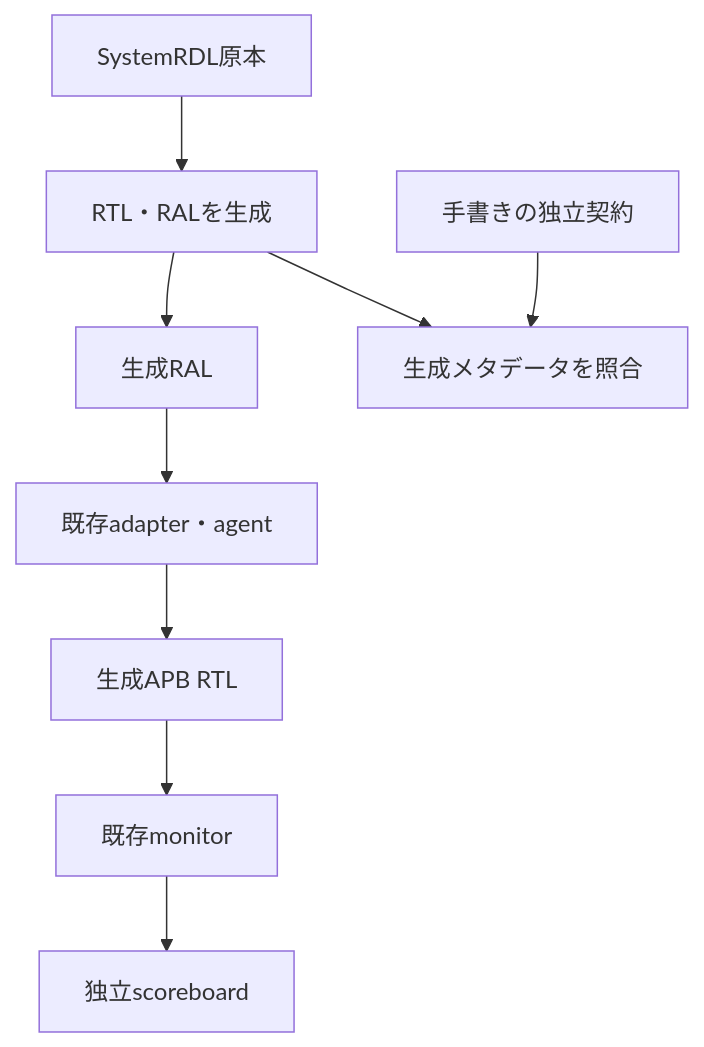
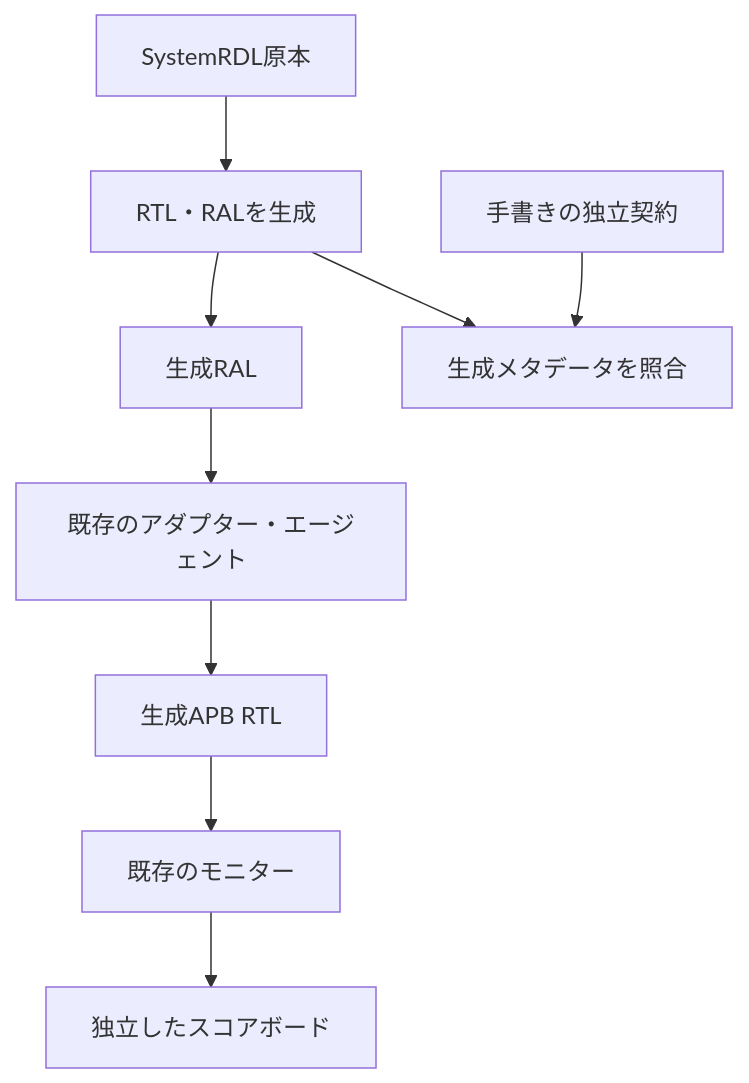
One commit to kurochan001/lsi-verification-method changed the first of 2 diagrams in examples/local-generated-ral/README.md. Above: the diagram before and after it, drawn with Mermaid. The commit also changed other lines of this file and 91 other files, not shown here.

````diff
--- a/examples/local-generated-ral/README.md
+++ b/examples/local-generated-ral/README.md
@@ -7,10 +7,10 @@
 ```mermaid
 flowchart TD
-  accTitle: 生成したRTLとRALの実接続
-  accDescr: 同じ原本から生成したRTLとRALをバスへ接続し、別の契約とscoreboardでも照合する。
+  accTitle: 生成したRTLとRALのバス接続
+  accDescr: 同じ原本から生成したRTLとRALをバスへ接続し、別の契約とスコアボードでも照合する。
   S["SystemRDL原本"] --> G["RTL・RALを生成"]
-  G --> R["生成RAL"] --> A["既存adapter・agent"] --> D["生成APB RTL"]
-  D --> M["既存monitor"] --> B["独立scoreboard"]
+  G --> R["生成RAL"] --> A["既存のアダプター・エージェント"] --> D["生成APB RTL"]
+  D --> M["既存のモニター"] --> B["独立したスコアボード"]
   C["手書きの独立契約"] --> V["生成メタデータを照合"]
   G --> V
 ```
````
